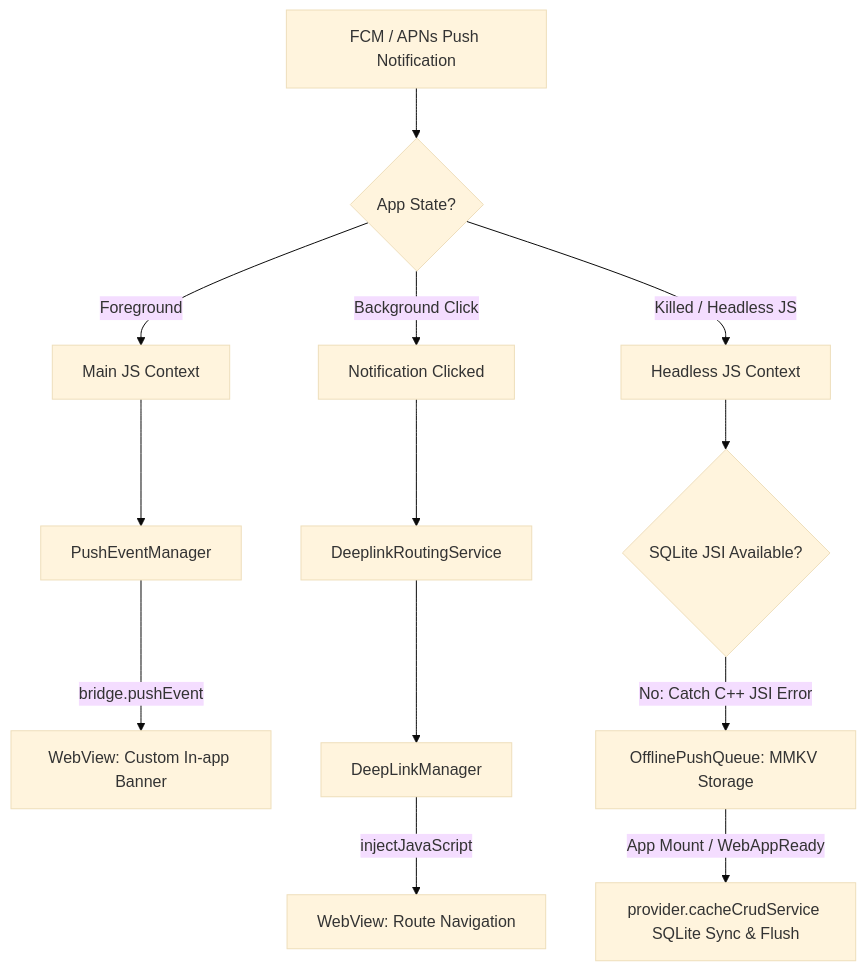
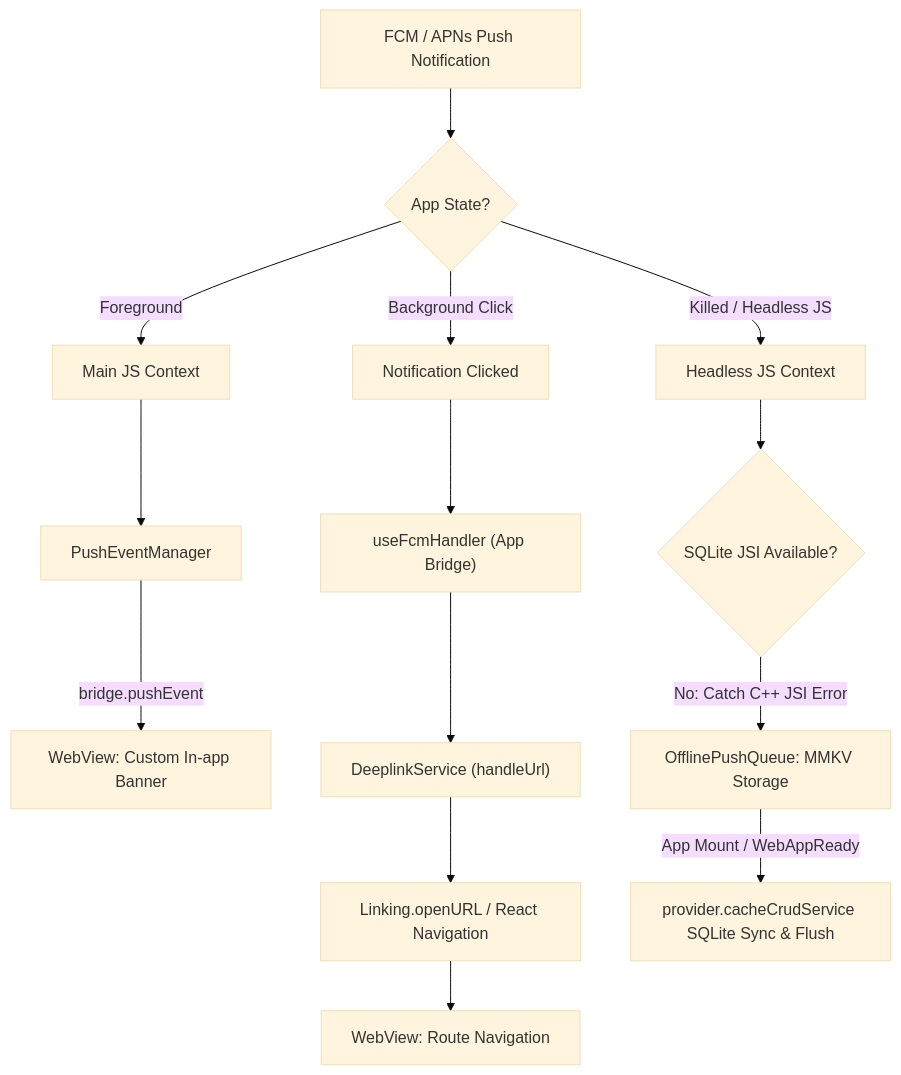
The first of 5 diagrams in apps/mobile/README.md (lemoncloud-io/dou-app), drawn with Mermaid (base theme) before and after one commit. The commit also changed other lines of this file, not shown here.

First line of the commit message:
docs(mobile-architecture): update README for deep link service

````diff
--- a/apps/mobile/README.md
+++ b/apps/mobile/README.md
@@ -11,18 +18,19 @@
 ```mermaid
 graph TD
     A["FCM / APNs Push Notification"] --> B{"App State?"}
 
     B -->|Foreground| C["Main JS Context"]
     C --> D["PushEventManager"]
     D -->|bridge.pushEvent| E["WebView: Custom In-app Banner"]
 
     B -->|Background Click| F["Notification Clicked"]
-    F --> G["DeeplinkRoutingService"]
-    G --> H["DeepLinkManager"]
-    H -->|injectJavaScript| I["WebView: Route Navigation"]
+    F --> G["useFcmHandler (App Bridge)"]
+    G --> H["DeeplinkService (handleUrl)"]
+    H --> I["Linking.openURL / React Navigation"]
+    I --> J["WebView: Route Navigation"]
 
-    B -->|Killed / Headless JS| J["Headless JS Context"]
-    J --> K{"SQLite JSI Available?"}
-    K -->|No: Catch C++ JSI Error| L["OfflinePushQueue: MMKV Storage"]
-    L -->|App Mount / WebAppReady| M["provider.cacheCrudService SQLite Sync & Flush"]
+    B -->|Killed / Headless JS| K["Headless JS Context"]
+    K --> L{"SQLite JSI Available?"}
+    L -->|No: Catch C++ JSI Error| M["OfflinePushQueue: MMKV Storage"]
+    M -->|App Mount / WebAppReady| N["provider.cacheCrudService SQLite Sync & Flush"]
 ```
````
